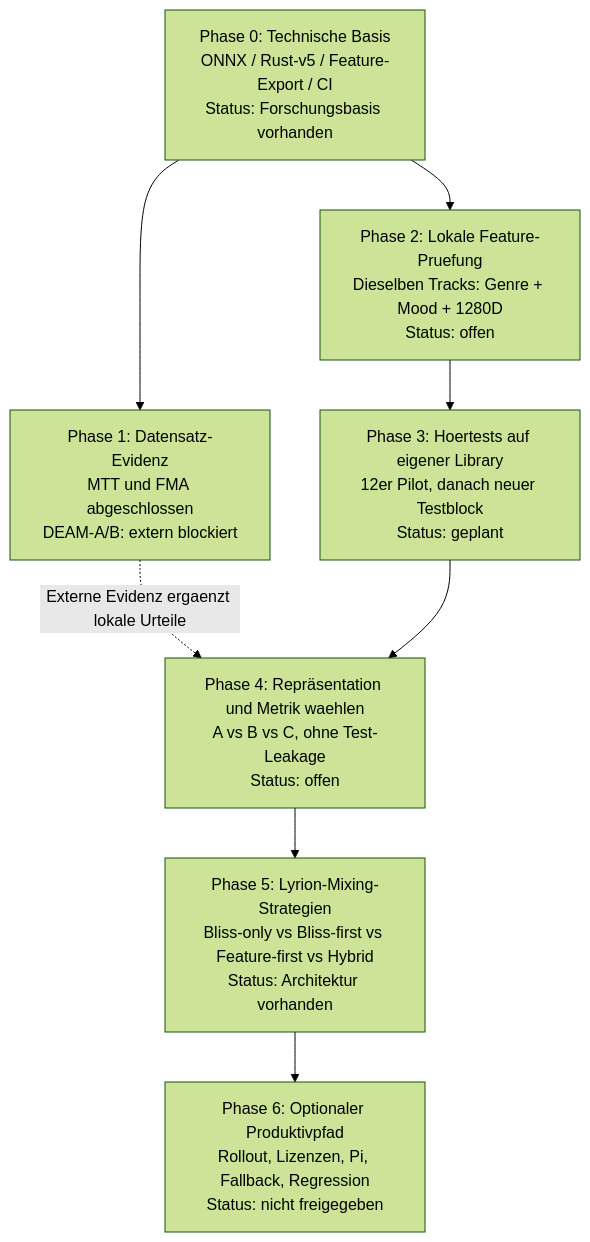
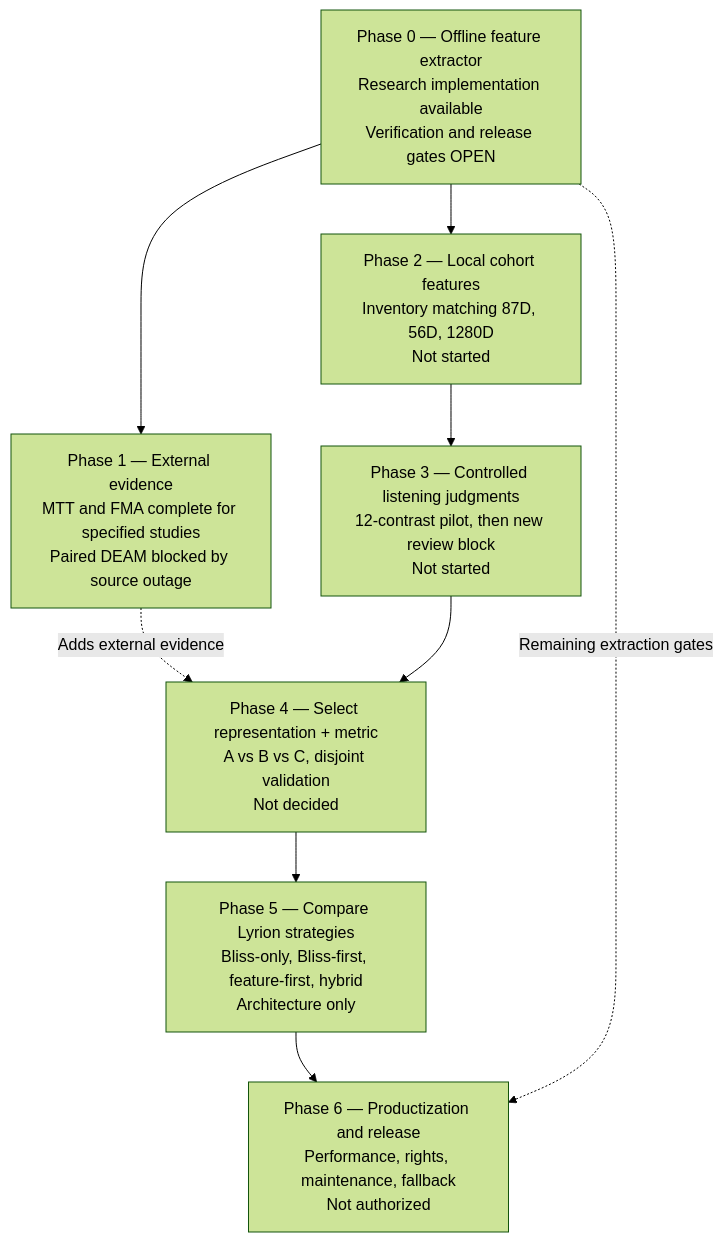
The first of 4 diagrams in docs/similarity-lyrion-roadmap.md (chrober/bliss-mood-poc), drawn with Mermaid (forest theme) before and after one commit. The commit also changed other lines of this file, not shown here.

Commit message:
docs: rewrite complete phase 0-6 Mermaid roadmap in English and mark phase 0 partially verified

````diff
--- a/docs/similarity-lyrion-roadmap.md
+++ b/docs/similarity-lyrion-roadmap.md
@@ -44,18 +43,15 @@
 ```mermaid
 flowchart TD
-    P0["Phase 0: Technische Basis<br/>ONNX / Rust-v5 / Feature-Export / CI<br/>Status: Forschungsbasis vorhanden"]
-    P1["Phase 1: Datensatz-Evidenz<br/>MTT und FMA abgeschlossen<br/>DEAM-A/B: extern blockiert"]
-    P2["Phase 2: Lokale Feature-Pruefung<br/>Dieselben Tracks: Genre + Mood + 1280D<br/>Status: offen"]
-    P3["Phase 3: Hoertests auf eigener Library<br/>12er Pilot, danach neuer Testblock<br/>Status: geplant"]
-    P4["Phase 4: Repräsentation und Metrik waehlen<br/>A vs B vs C, ohne Test-Leakage<br/>Status: offen"]
-    P5["Phase 5: Lyrion-Mixing-Strategien<br/>Bliss-only vs Bliss-first vs Feature-first vs Hybrid<br/>Status: Architektur vorhanden"]
-    P6["Phase 6: Optionaler Produktivpfad<br/>Rollout, Lizenzen, Pi, Fallback, Regression<br/>Status: nicht freigegeben"]
-
+    P0["Phase 0 — Offline feature extractor<br/>Research implementation available<br/>Verification and release gates OPEN"]
+    P1["Phase 1 — External evidence<br/>MTT and FMA complete for specified studies<br/>Paired DEAM blocked by source outage"]
+    P2["Phase 2 — Local cohort features<br/>Inventory matching 87D, 56D, 1280D<br/>Not started"]
+    P3["Phase 3 — Controlled listening judgments<br/>12-contrast pilot, then new review block<br/>Not started"]
+    P4["Phase 4 — Select representation + metric<br/>A vs B vs C, disjoint validation<br/>Not decided"]
+    P5["Phase 5 — Compare Lyrion strategies<br/>Bliss-only, Bliss-first, feature-first, hybrid<br/>Architecture only"]
+    P6["Phase 6 — Productization and release<br/>Performance, rights, maintenance, fallback<br/>Not authorized"]
     P0 --> P1
     P0 --> P2
-    P1 -. "Externe Evidenz ergaenzt lokale Urteile" .-> P4
-    P2 --> P3
-    P3 --> P4
-    P4 --> P5
-    P5 --> P6
+    P1 -. "Adds external evidence" .-> P4
+    P2 --> P3 --> P4 --> P5 --> P6
+    P0 -. "Remaining extraction gates" .-> P6
 ```
````
